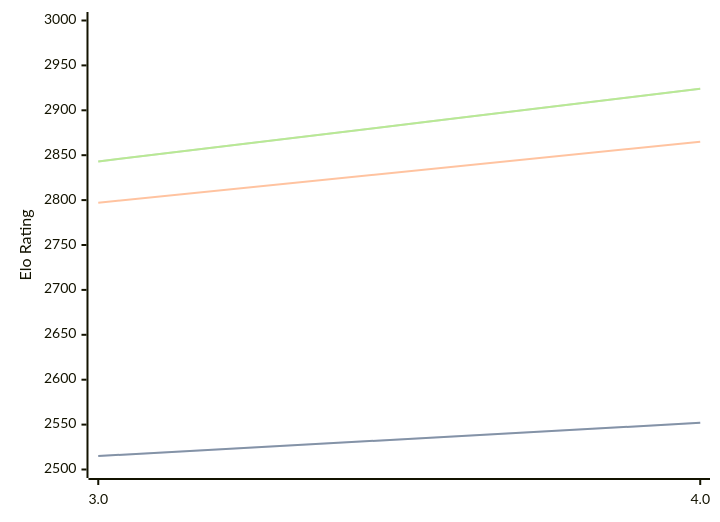
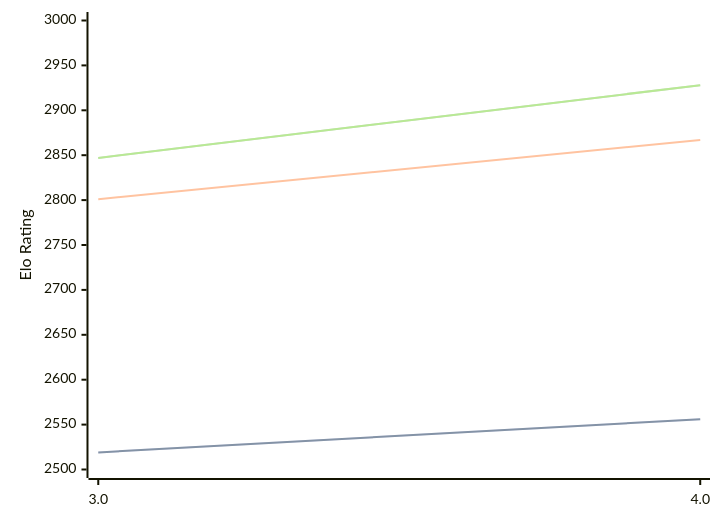
Before and after one commit to computer-chess-index/cci: the diagram in engines/Chess3.md, drawn with Mermaid. The commit also changed other lines of this file, not shown here.

Commit message:
Update CCI Ratings (ELO VLTC) - 2026-05-02

````diff
--- a/engines/Chess3.md
+++ b/engines/Chess3.md
@@ -34,11 +34,11 @@
 ```mermaid
 %%{init: {"theme":"base","themeVariables":{"seriesColors:['#a3a3a3','#222221','#faa371']}}}%%
 xychart-beta
   x-axis ["3.0", "4.0"]
   y-axis "Elo Rating" 2500 --> 3000
-  line "STC (8.0+0.08s)" [2515, 2552]
-  line "STC (8.0+0.08s)" [2515, 2552]
-  line "LTC (60.0+0.60s)" [2797, 2865]
-  line "VLTC (2m24s+1.12s)" [2843, 2924]
-  line "VLTC (2m24s+1.12s)" [2843, 2924]
+  line "STC (8.0+0.08s)" [2519, 2556]
+  line "STC (8.0+0.08s)" [2519, 2556]
+  line "LTC (60.0+0.60s)" [2801, 2867]
+  line "VLTC (2m24s+1.12s)" [2847, 2928]
+  line "VLTC (2m24s+1.12s)" [2847, 2928]
 ```
````
